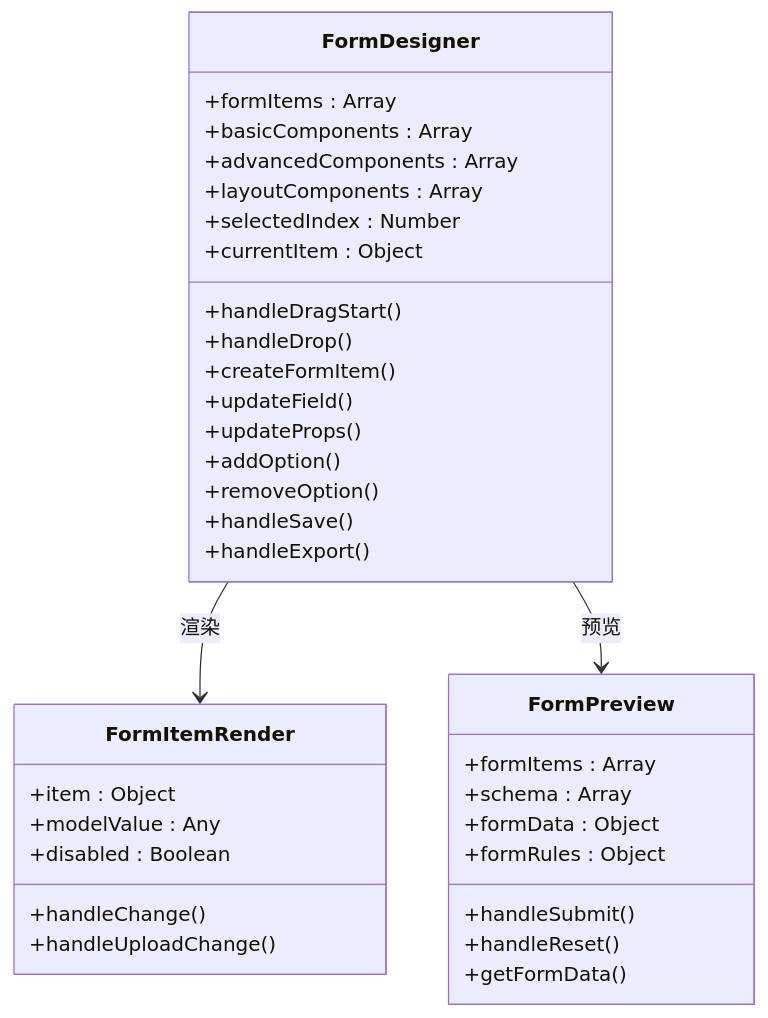
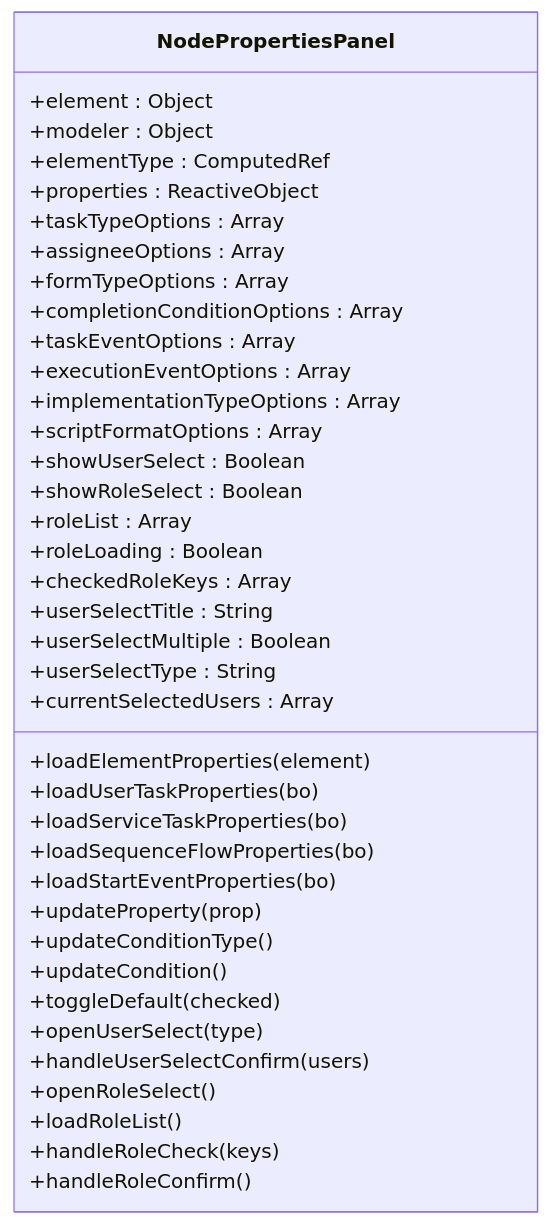
One commit to yaomindong1996/forge-admin changed the fourth of 11 diagrams in .qoder/repowiki/zh/content/前端框架详解/前端工作流组件.md. Above: the diagram before and after it, drawn with Mermaid. The commit also changed other lines of this file and 76 other files, not shown here.

````diff
--- a/.qoder/repowiki/zh/content/前端框架详解/前端工作流组件.md
+++ b/.qoder/repowiki/zh/content/前端框架详解/前端工作流组件.md
@@ -341,38 +357,41 @@
 ```mermaid
 classDiagram
-class FormDesigner {
-+formItems : Array
-+basicComponents : Array
-+advancedComponents : Array
-+layoutComponents : Array
-+selectedIndex : Number
-+currentItem : Object
-+handleDragStart()
-+handleDrop()
-+createFormItem()
-+updateField()
-+updateProps()
-+addOption()
-+removeOption()
-+handleSave()
-+handleExport()
+class NodePropertiesPanel {
++element : Object
++modeler : Object
++elementType : ComputedRef
++properties : ReactiveObject
++taskTypeOptions : Array
++assigneeOptions : Array
++formTypeOptions : Array
++completionConditionOptions : Array
++taskEventOptions : Array
++executionEventOptions : Array
++implementationTypeOptions : Array
++scriptFormatOptions : Array
++showUserSelect : Boolean
++showRoleSelect : Boolean
++roleList : Array
++roleLoading : Boolean
++checkedRoleKeys : Array
++userSelectTitle : String
++userSelectMultiple : Boolean
++userSelectType : String
++currentSelectedUsers : Array
++loadElementProperties(element)
++loadUserTaskProperties(bo)
++loadServiceTaskProperties(bo)
++loadSequenceFlowProperties(bo)
++loadStartEventProperties(bo)
++updateProperty(prop)
++updateConditionType()
++updateCondition()
++toggleDefault(checked)
++openUserSelect(type)
++handleUserSelectConfirm(users)
++openRoleSelect()
++loadRoleList()
++handleRoleCheck(keys)
++handleRoleConfirm()
 }
-class FormItemRender {
-+item : Object
-+modelValue : Any
-+disabled : Boolean
-+handleChange()
-+handleUploadChange()
-}
-class FormPreview {
-+formItems : Array
-+schema : Array
-+formData : Object
-+formRules : Object
-+handleSubmit()
-+handleReset()
-+getFormData()
-}
-FormDesigner --> FormItemRender : 渲染
-FormDesigner --> FormPreview : 预览
 ```
````
